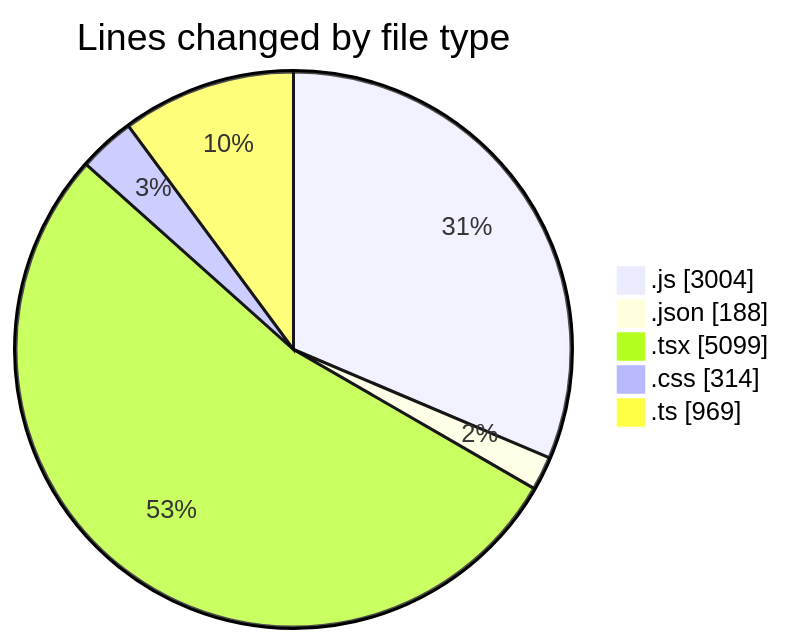
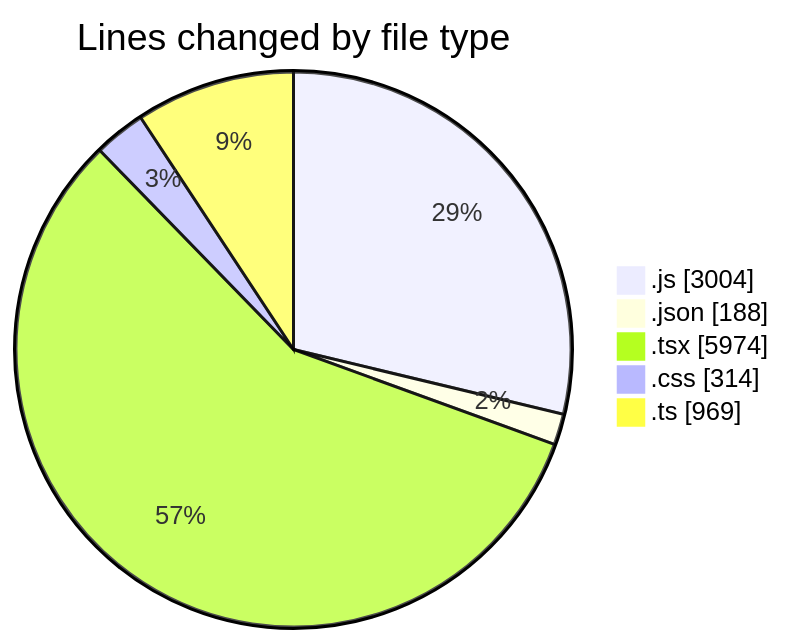
The first of 2 diagrams in 2025-08-09/napxuvn/README.md (lephambinh05/code-tracking), drawn with Mermaid before and after one commit. The commit also changed other lines of this file and 1 other file, not shown here.

````diff
--- a/2025-08-09/napxuvn/README.md
+++ b/2025-08-09/napxuvn/README.md
@@ -74,9 +76,9 @@
 ```mermaid
 pie showData
 title Lines changed by file type
 ".js" : 3004
 ".json" : 188
-".tsx" : 5099
+".tsx" : 5974
 ".css" : 314
 ".ts" : 969
 ```
````
